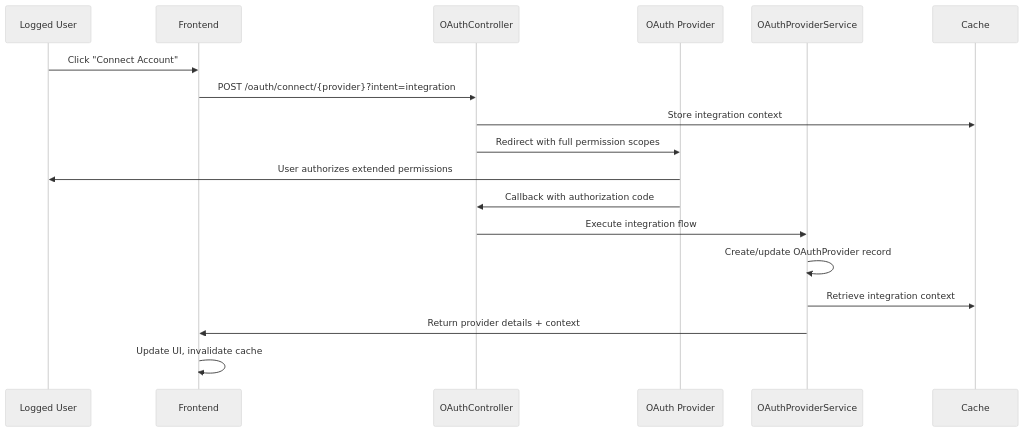
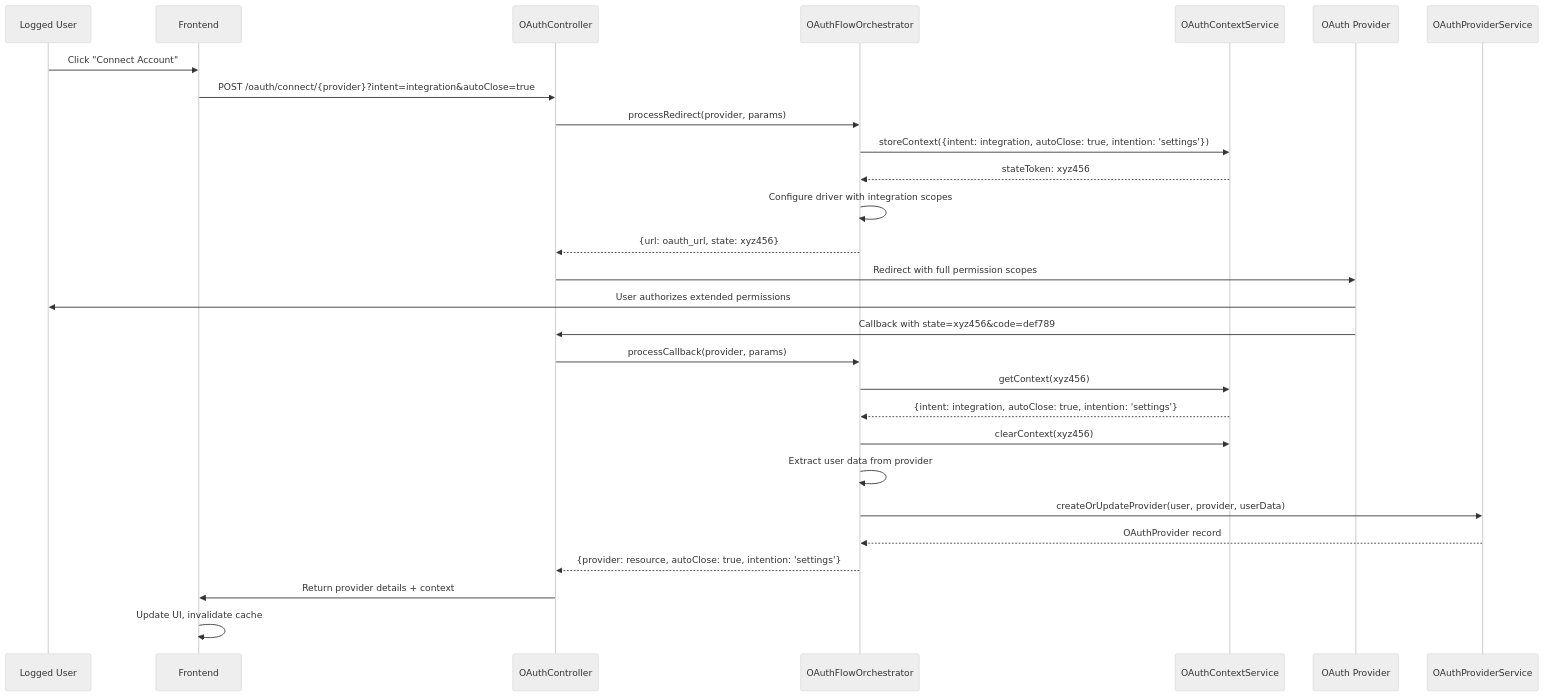
One commit to JhumanJ/OpnForm changed the fourth of 5 diagrams in docs/contributing/new-integration.mdx. Above: the diagram before and after it, drawn with Mermaid (neutral theme). The commit also changed other lines of this file and 13 other files, not shown here.

First line of the commit message:
Refactor OAuth integration for enhanced error handling and context management

````diff
--- a/docs/contributing/new-integration.mdx
+++ b/docs/contributing/new-integration.mdx
@@ -313,21 +524,31 @@
 ```mermaid
 sequenceDiagram
     participant U as Logged User
     participant F as Frontend
     participant API as OAuthController
+    participant Orch as OAuthFlowOrchestrator
+    participant Ctx as OAuthContextService
     participant P as OAuth Provider
     participant PS as OAuthProviderService
-    participant C as Cache
 
     U->>F: Click "Connect Account"
-    F->>API: POST /oauth/connect/{provider}?intent=integration
-    API->>C: Store integration context
+    F->>API: POST /oauth/connect/{provider}?intent=integration&autoClose=true
+    API->>Orch: processRedirect(provider, params)
+    Orch->>Ctx: storeContext({intent: integration, autoClose: true, intention: 'settings'})
+    Ctx-->>Orch: stateToken: xyz456
+    Orch->>Orch: Configure driver with integration scopes
+    Orch-->>API: {url: oauth_url, state: xyz456}
     API->>P: Redirect with full permission scopes
     P->>U: User authorizes extended permissions
-    P->>API: Callback with authorization code
-    API->>PS: Execute integration flow
-    PS->>PS: Create/update OAuthProvider record
-    PS->>C: Retrieve integration context
-    PS->>F: Return provider details + context
+    P->>API: Callback with state=xyz456&code=def789
+    API->>Orch: processCallback(provider, params)
+    Orch->>Ctx: getContext(xyz456)
+    Ctx-->>Orch: {intent: integration, autoClose: true, intention: 'settings'}
+    Orch->>Ctx: clearContext(xyz456)
+    Orch->>Orch: Extract user data from provider
+    Orch->>PS: createOrUpdateProvider(user, provider, userData)
+    PS-->>Orch: OAuthProvider record
+    Orch-->>API: {provider: resource, autoClose: true, intention: 'settings'}
+    API->>F: Return provider details + context
     F->>F: Update UI, invalidate cache
 ```
````
